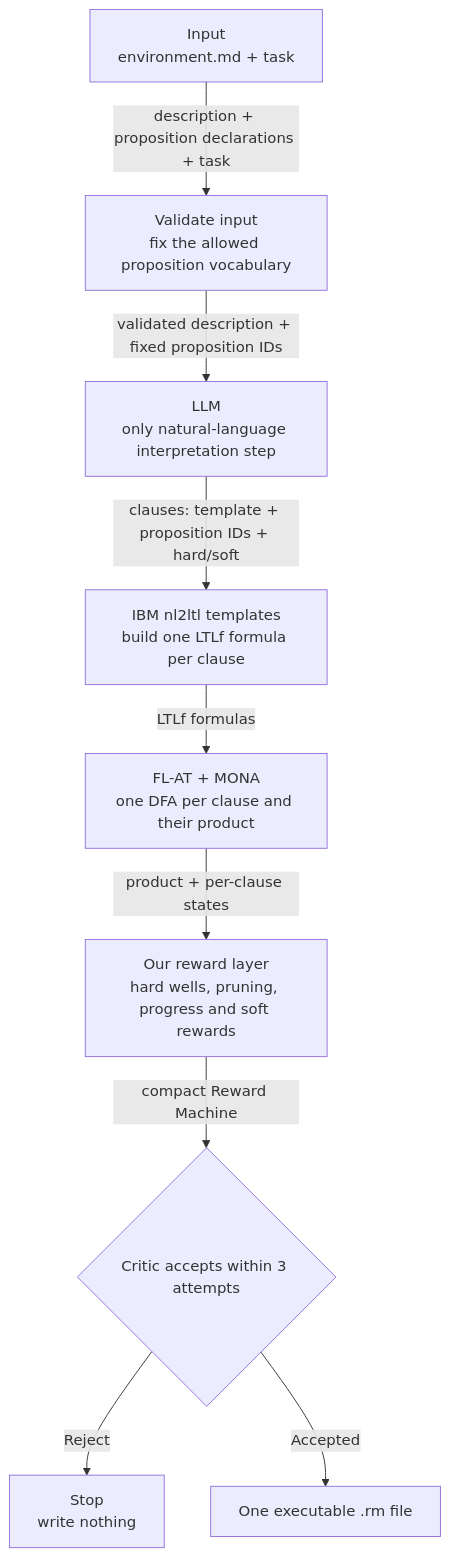
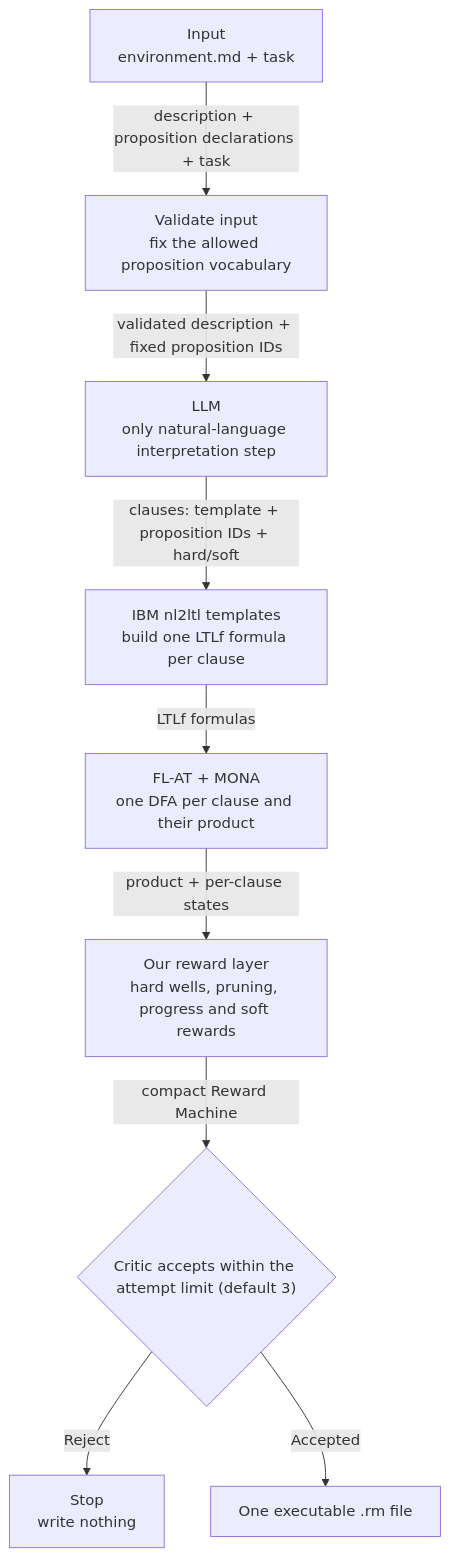
The first of 2 diagrams in README.md (MiquelGomezCorral/TFM-schema-rm-rl), drawn with Mermaid before and after one commit. The commit also changed other lines of this file and 5 other files, not shown here.

````diff
--- a/README.md
+++ b/README.md
@@ -400,21 +401,21 @@
 ```mermaid
 flowchart TD
     A["Input<br/>environment.md + task"]
     B["Validate input<br/>fix the allowed proposition vocabulary"]
     C["LLM<br/>only natural-language interpretation step"]
-    D{"Critic accepts within 3 attempts"}
+    D{"Critic accepts within the attempt limit (default 3)"}
     X["Stop<br/>write nothing"]
     E["IBM nl2ltl templates<br/>build one LTLf formula per clause"]
     F["FL-AT + MONA<br/>one DFA per clause and their product"]
     G["Our reward layer<br/>hard wells, pruning, progress and soft rewards"]
     H["One executable .rm file"]
 
     A -->|"description + proposition declarations + task"| B
     B -->|"validated description + fixed proposition IDs"| C
     C -->|"clauses: template + proposition IDs + hard/soft"| E
     E -->|"LTLf formulas"| F
     F -->|"product + per-clause states"| G
     G -->|"compact Reward Machine"| D
     D -- Reject --> X
     D -->|"Accepted"| H
 ```
````
